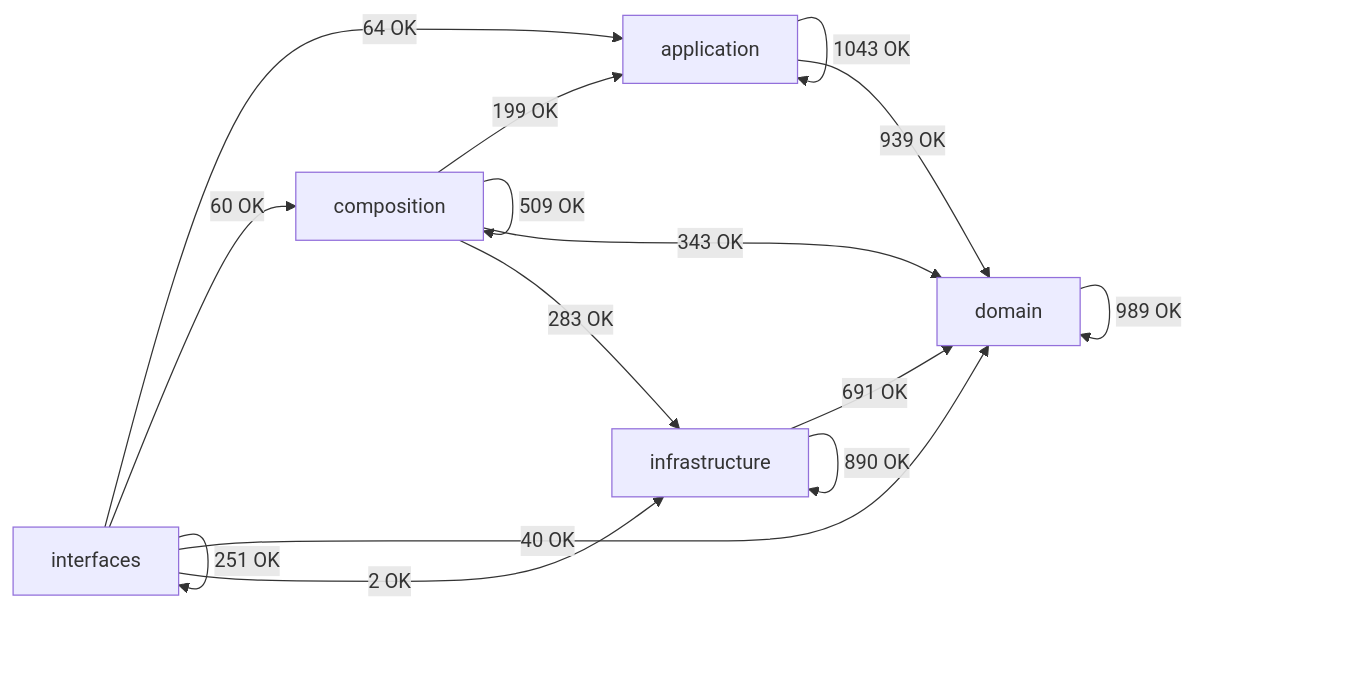
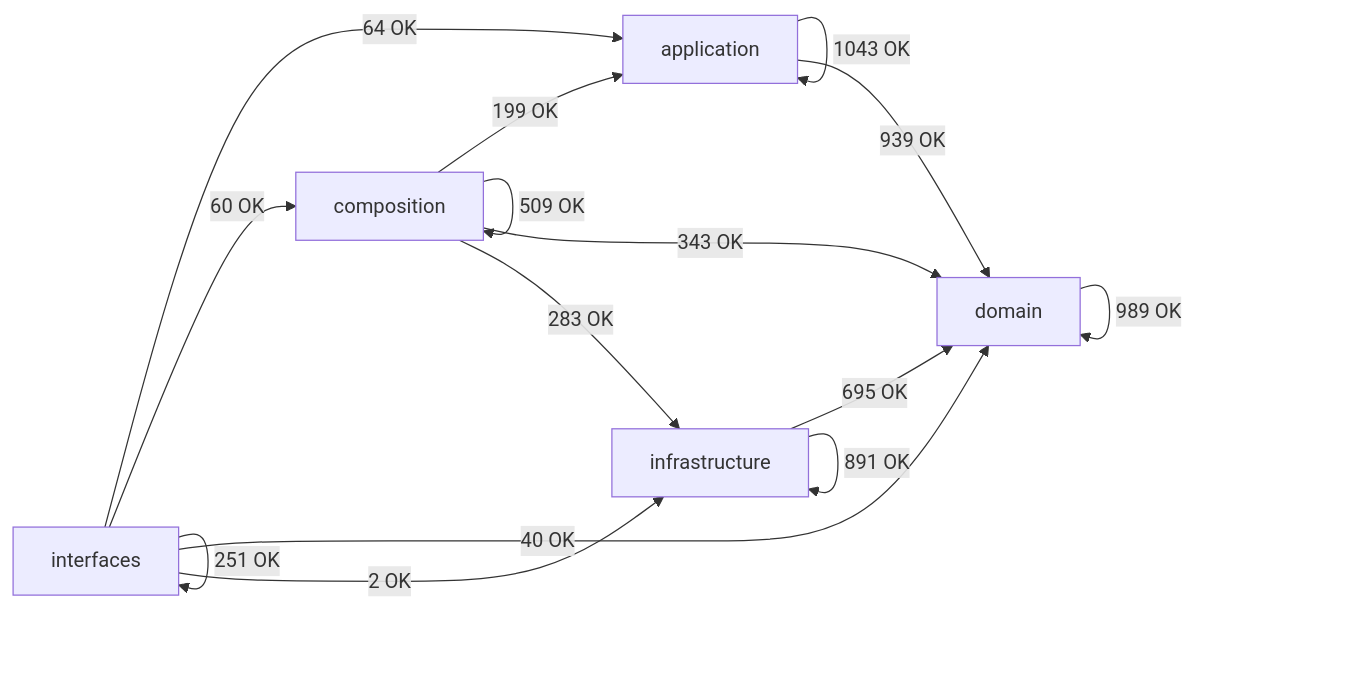
The diagram in docs/02-architecture/generated/module-dependency-map.md (SatoryKono/BioactivityDataAcquisition), drawn with Mermaid before and after one commit. The commit also changed other lines of this file and 1533 other files, not shown here.

````diff
--- a/docs/02-architecture/generated/module-dependency-map.md
+++ b/docs/02-architecture/generated/module-dependency-map.md
@@ -17,22 +17,22 @@
 ```mermaid
 flowchart LR
     domain[domain]
     application[application]
     infrastructure[infrastructure]
     composition[composition]
     interfaces[interfaces]
     application -->|1043 OK| application
     application -->|939 OK| domain
     composition -->|199 OK| application
     composition -->|509 OK| composition
     composition -->|343 OK| domain
     composition -->|283 OK| infrastructure
     domain -->|989 OK| domain
-    infrastructure -->|691 OK| domain
-    infrastructure -->|890 OK| infrastructure
+    infrastructure -->|695 OK| domain
+    infrastructure -->|891 OK| infrastructure
     interfaces -->|64 OK| application
     interfaces -->|60 OK| composition
     interfaces -->|40 OK| domain
     interfaces -->|2 OK| infrastructure
     interfaces -->|251 OK| interfaces
 ```
````
